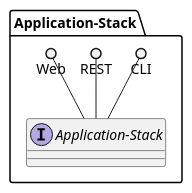
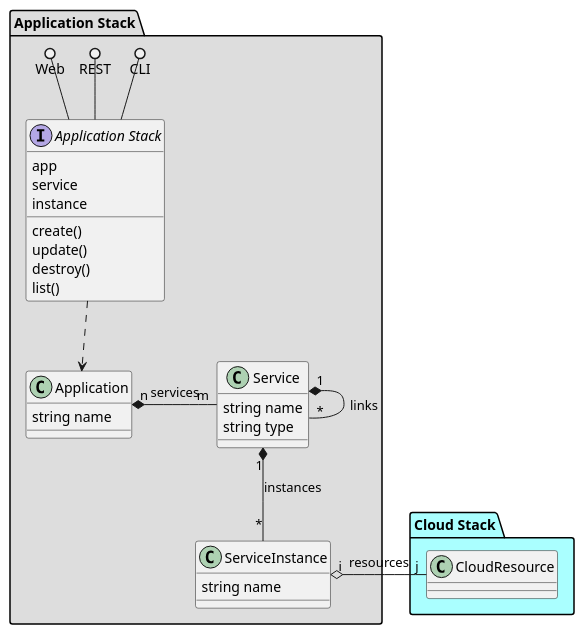
The diagram in docs/Solution/Application-Stack/Logical.puml (CAADE/fleet), drawn with PlantUML before and after one commit. The commit also changed 44 other files, not shown here.

Commit message:
Document Application Stack

```diff
--- a/docs/Solution/Application-Stack/Logical.puml
+++ b/docs/Solution/Application-Stack/Logical.puml
@@ -1,14 +1,42 @@
 @startuml
 
-package "Application-Stack" {
-    interface "Application-Stack" {
+package "Cloud Stack" #aaffff {
+  class "CloudResource" {
+  }
+}
 
+package "Application Stack" #dddddd {
+    interface "Application Stack" {
+      app
+      service
+      instance
+      create()
+      update()
+      destroy()
+      list()
     }
-    CLI ()-- "Application-Stack"
-    REST ()-- "Application-Stack"
-    Web ()-- "Application-Stack"
+    CLI ()-- "Application Stack"
+    REST ()-- "Application Stack"
+    Web ()-- "Application Stack"
 
+   class Application {
+    string name
+   }
+   class Service {
+    string name
+    string type
+
+   }
+   class ServiceInstance {
+    string name
+   }
+
+   "Application Stack" ..> Application
+   Application "n" *- "m" Service : services
+   Service "1" *-- "*" ServiceInstance : instances
+   Service "1" *- "*" Service : links
+   ServiceInstance "i" o- "j" CloudResource : resources
 }
 
 
 @enduml
```
